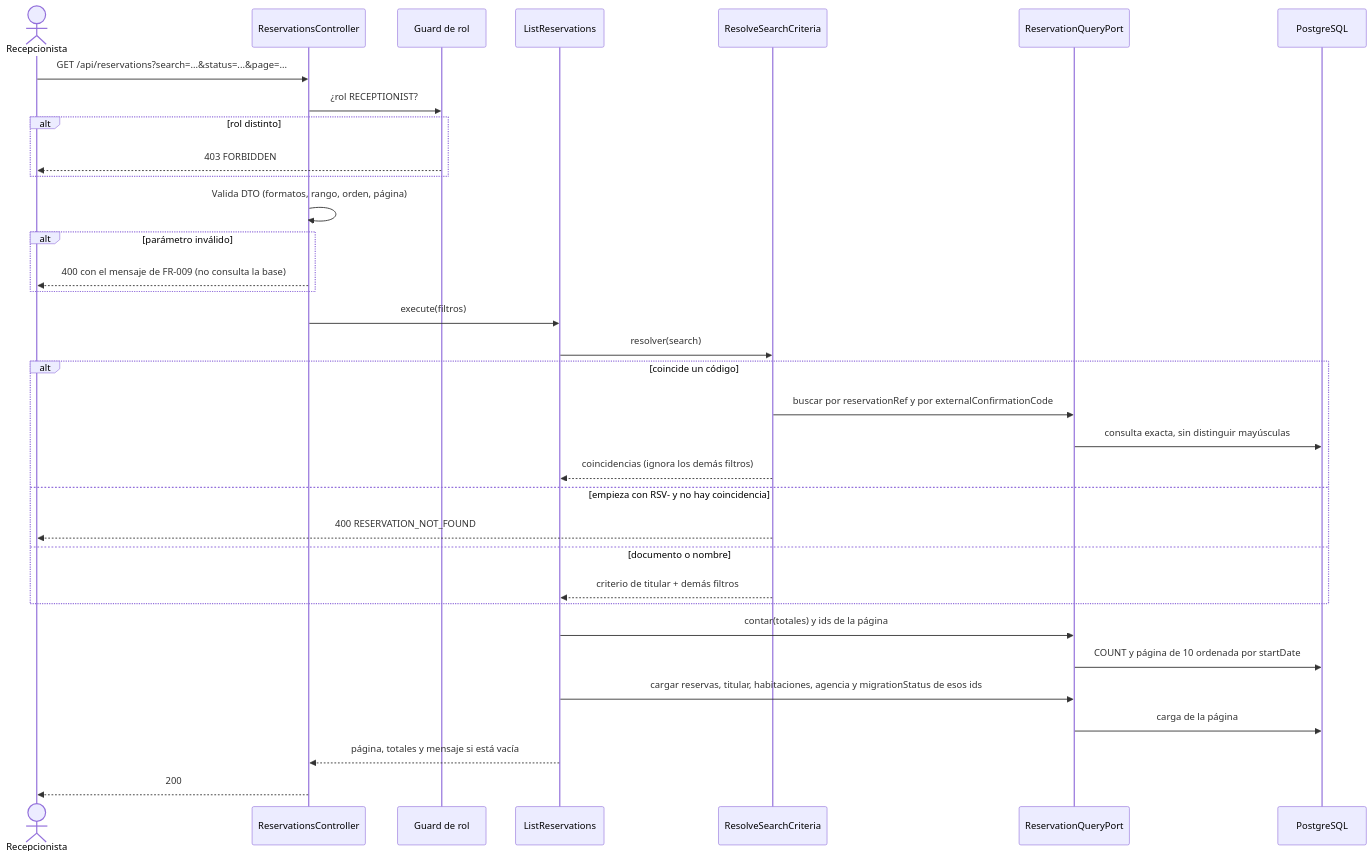
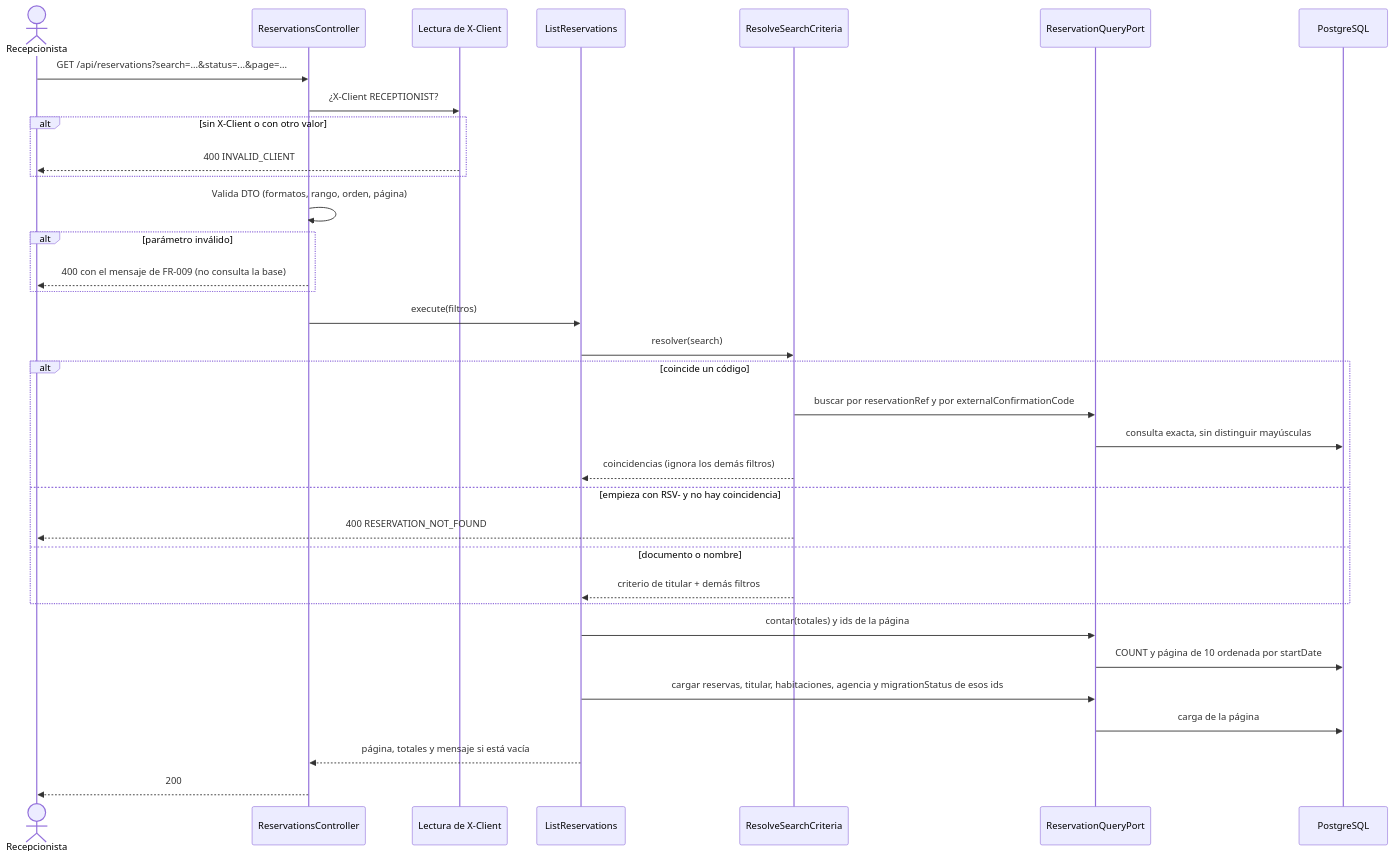
The first of 5 diagrams in specs/check-view-reservation/plan.md (Lapicero312-lapi/HOSPITUA-MOD-2), drawn with Mermaid before and after one commit. The commit also changed other lines of this file and 16 other files, not shown here.

````diff
--- a/specs/check-view-reservation/plan.md
+++ b/specs/check-view-reservation/plan.md
@@ -541,37 +543,37 @@
 ```mermaid
 sequenceDiagram
     actor R as Recepcionista
     participant C as ReservationsController
-    participant G as Guard de rol
+    participant G as Lectura de X-Client
     participant U as ListReservations
     participant S as ResolveSearchCriteria
     participant Q as ReservationQueryPort
     participant DB as PostgreSQL
 
     R->>C: GET /api/reservations?search=...&status=...&page=...
-    C->>G: ¿rol RECEPTIONIST?
-    alt rol distinto
-        G-->>R: 403 FORBIDDEN
+    C->>G: ¿X-Client RECEPTIONIST?
+    alt sin X-Client o con otro valor
+        G-->>R: 400 INVALID_CLIENT
     end
     C->>C: Valida DTO (formatos, rango, orden, página)
     alt parámetro inválido
         C-->>R: 400 con el mensaje de FR-009 (no consulta la base)
     end
     C->>U: execute(filtros)
     U->>S: resolver(search)
     alt coincide un código
         S->>Q: buscar por reservationRef y por externalConfirmationCode
         Q->>DB: consulta exacta, sin distinguir mayúsculas
         S-->>U: coincidencias (ignora los demás filtros)
     else empieza con RSV- y no hay coincidencia
         S-->>R: 400 RESERVATION_NOT_FOUND
     else documento o nombre
         S-->>U: criterio de titular + demás filtros
     end
     U->>Q: contar(totales) y ids de la página
     Q->>DB: COUNT y página de 10 ordenada por startDate
     U->>Q: cargar reservas, titular, habitaciones, agencia y migrationStatus de esos ids
     Q->>DB: carga de la página
     U-->>C: página, totales y mensaje si está vacía
     C-->>R: 200
 ```
````
